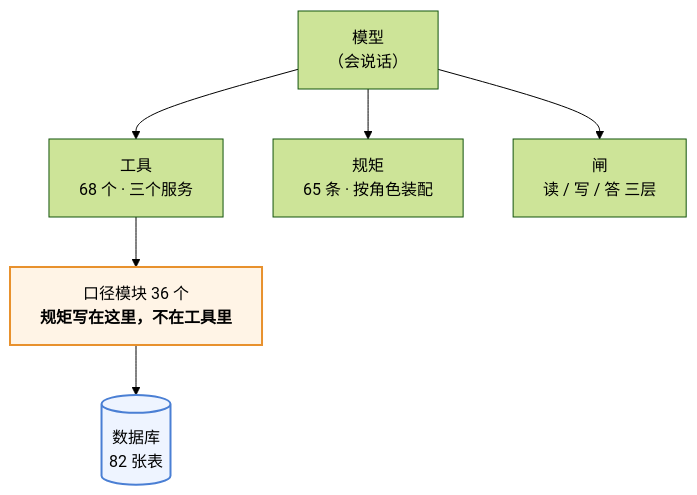
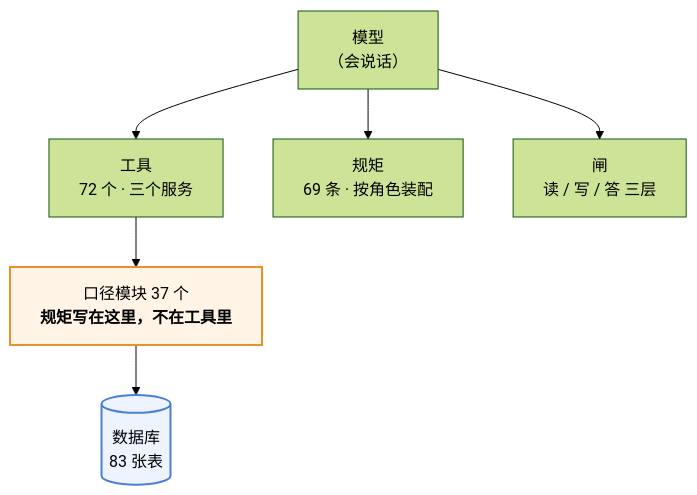
Before and after one commit to 843773296-rgb/lanxiu-yunshang-agent: the first of 3 diagrams in 澜绣云裳agent-产品说明.md, drawn with Mermaid (forest theme). The commit also changed other lines of this file and 18 other files, not shown here.

````diff
--- a/澜绣云裳agent-产品说明.md
+++ b/澜绣云裳agent-产品说明.md
@@ -62,12 +62,12 @@
 ```mermaid
 flowchart TD
     M["模型<br/>（会说话）"]
-    M --> T["工具<br/>68 个 · 三个服务"]
-    M --> R["规矩<br/>65 条 · 按角色装配"]
+    M --> T["工具<br/>72 个 · 三个服务"]
+    M --> R["规矩<br/>69 条 · 按角色装配"]
     M --> G["闸<br/>读 / 写 / 答 三层"]
-    T --> K["口径模块 36 个<br/><b>规矩写在这里，不在工具里</b>"]
-    K --> DB[("数据库<br/>82 张表")]
+    T --> K["口径模块 37 个<br/><b>规矩写在这里，不在工具里</b>"]
+    K --> DB[("数据库<br/>83 张表")]
 
     style K fill:#fff4e6,stroke:#e8912d,stroke-width:2px
     style DB fill:#eef4ff,stroke:#4a7fd4,stroke-width:2px
 ```
````
